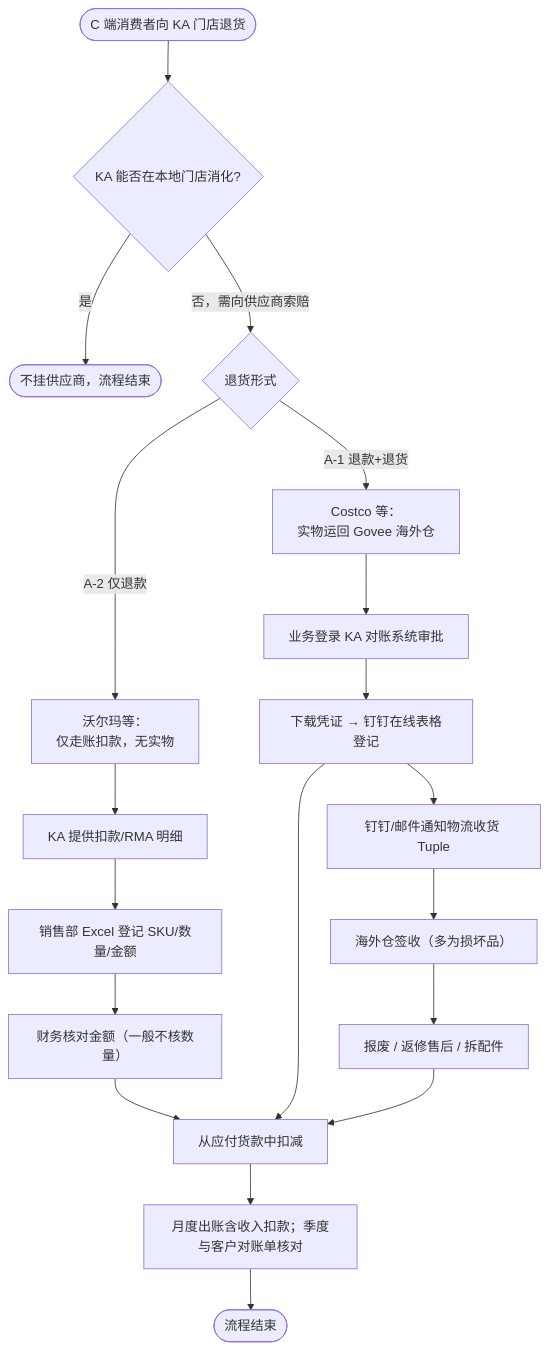
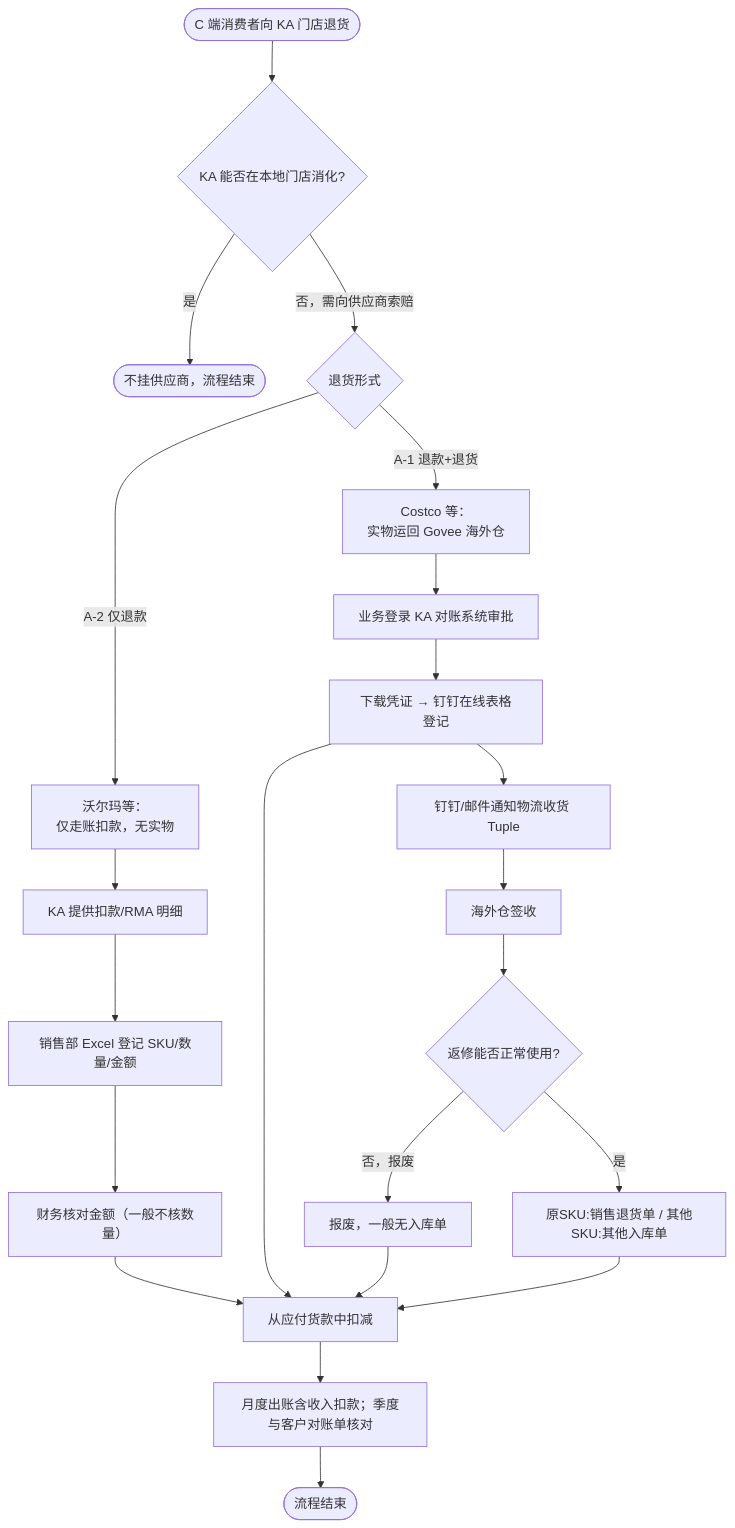
Before and after one commit to 18501404120/cursor: the second of 4 diagrams in 文件夹/需求/线下商超退货/方案/线下商超退货-完整流程梳理.md, drawn with Mermaid. The commit also changed other lines of this file and 5 other files, not shown here.

````diff
--- a/文件夹/需求/线下商超退货/方案/线下商超退货-完整流程梳理.md
+++ b/文件夹/需求/线下商超退货/方案/线下商超退货-完整流程梳理.md
@@ -104,28 +104,31 @@
 ```mermaid
 flowchart TD
     Start([C 端消费者向 KA 门店退货]) --> Local{KA 能否在本地门店消化?}
     Local -->|是| End1([不挂供应商，流程结束])
     Local -->|否，需向供应商索赔| Type{退货形式}
 
     Type -->|A-1 退款+退货| A1Flow["Costco 等：<br/>实物运回 Govee 海外仓"]
     Type -->|A-2 仅退款| A2Flow["沃尔玛等：<br/>仅走账扣款，无实物"]
 
     A1Flow --> A1Sys["业务登录 KA 对账系统审批"]
     A2Flow --> A2Sys["KA 提供扣款/RMA 明细"]
 
     A1Sys --> Download["下载凭证 → 钉钉在线表格登记"]
     A2Sys --> Excel["销售部 Excel 登记 SKU/数量/金额"]
 
     Download --> NotifyLogistics["钉钉/邮件通知物流收货 Tuple"]
     Excel --> FinanceCheck["财务核对金额（一般不核数量）"]
 
-    NotifyLogistics --> Warehouse["海外仓签收（多为损坏品）"]
-    Warehouse --> Dispose["报废 / 返修售后 / 拆配件"]
+    NotifyLogistics --> Warehouse["海外仓签收"]
+    Warehouse --> Dispose{"返修能否正常使用?"}
+    Dispose -->|否，报废| Scrap["报废，一般无入库单"]
+    Dispose -->|是| Inbound["原SKU:销售退货单 / 其他SKU:其他入库单"]
 
     FinanceCheck --> Deduct["从应付货款中扣减"]
     Download --> Deduct
-    Dispose --> Deduct
+    Scrap --> Deduct
+    Inbound --> Deduct
 
     Deduct --> Reconcile["月度出账含收入扣款；季度与客户对账单核对"]
     Reconcile --> End2([流程结束])
 ```
````
